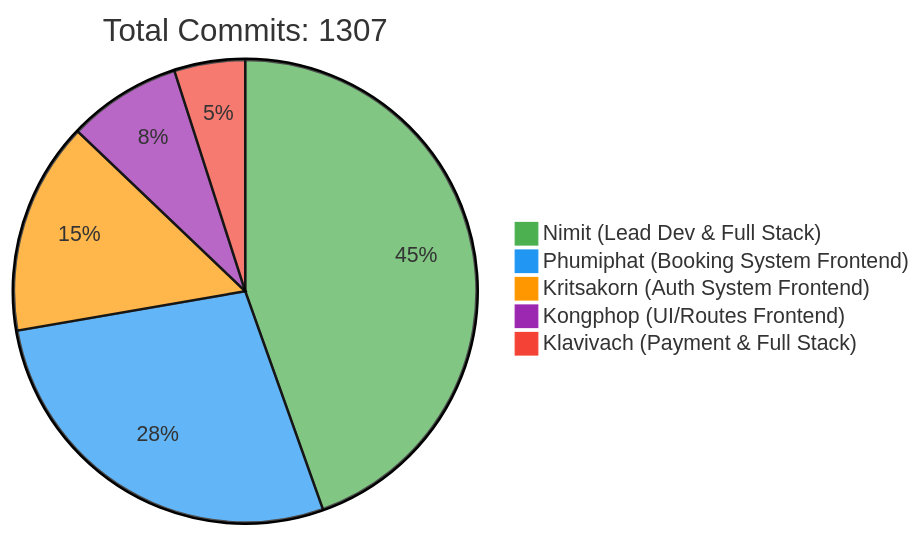
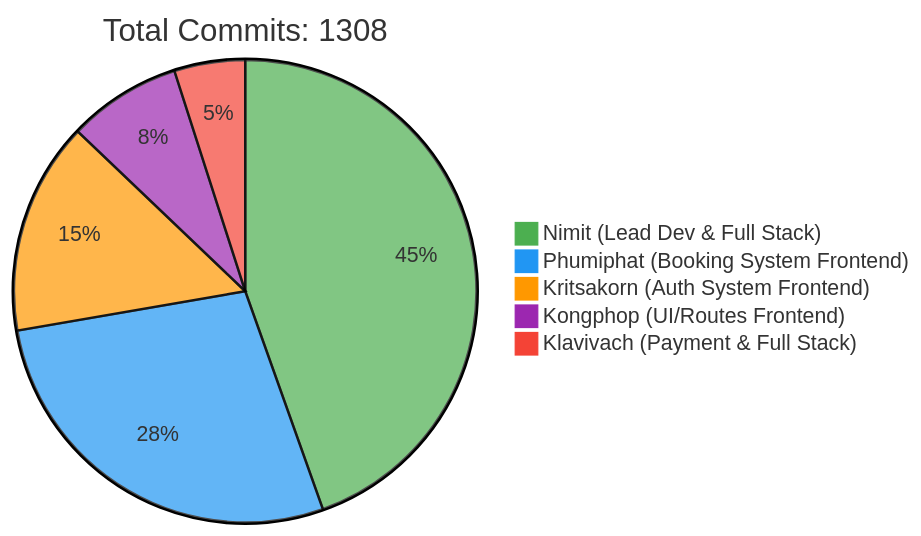
Before and after one commit to 6531503042/Sport-Complex: the first of 2 diagrams in README.md, drawn with Mermaid. The commit also changed other lines of this file, not shown here.

Commit message:
docs: Update contributor statistics [skip ci]

````diff
--- a/README.md
+++ b/README.md
@@ -257,10 +257,10 @@
 ```mermaid
 %%{init: {'theme': 'base', 'themeVariables': { 'pie1': '#4CAF50', 'pie2': '#2196F3', 'pie3': '#FF9800', 'pie4': '#9C27B0', 'pie5': '#F44336'}}}%%
 pie
-    title Total Commits: 1307
+    title Total Commits: 1308
     "Nimit (Lead Dev & Full Stack)" : 450
     "Phumiphat (Booking System Frontend)" : 280
     "Kritsakorn (Auth System Frontend)" : 150
     "Kongphop (UI/Routes Frontend)" : 80
     "Klavivach (Payment & Full Stack)" : 50
 ```
````
